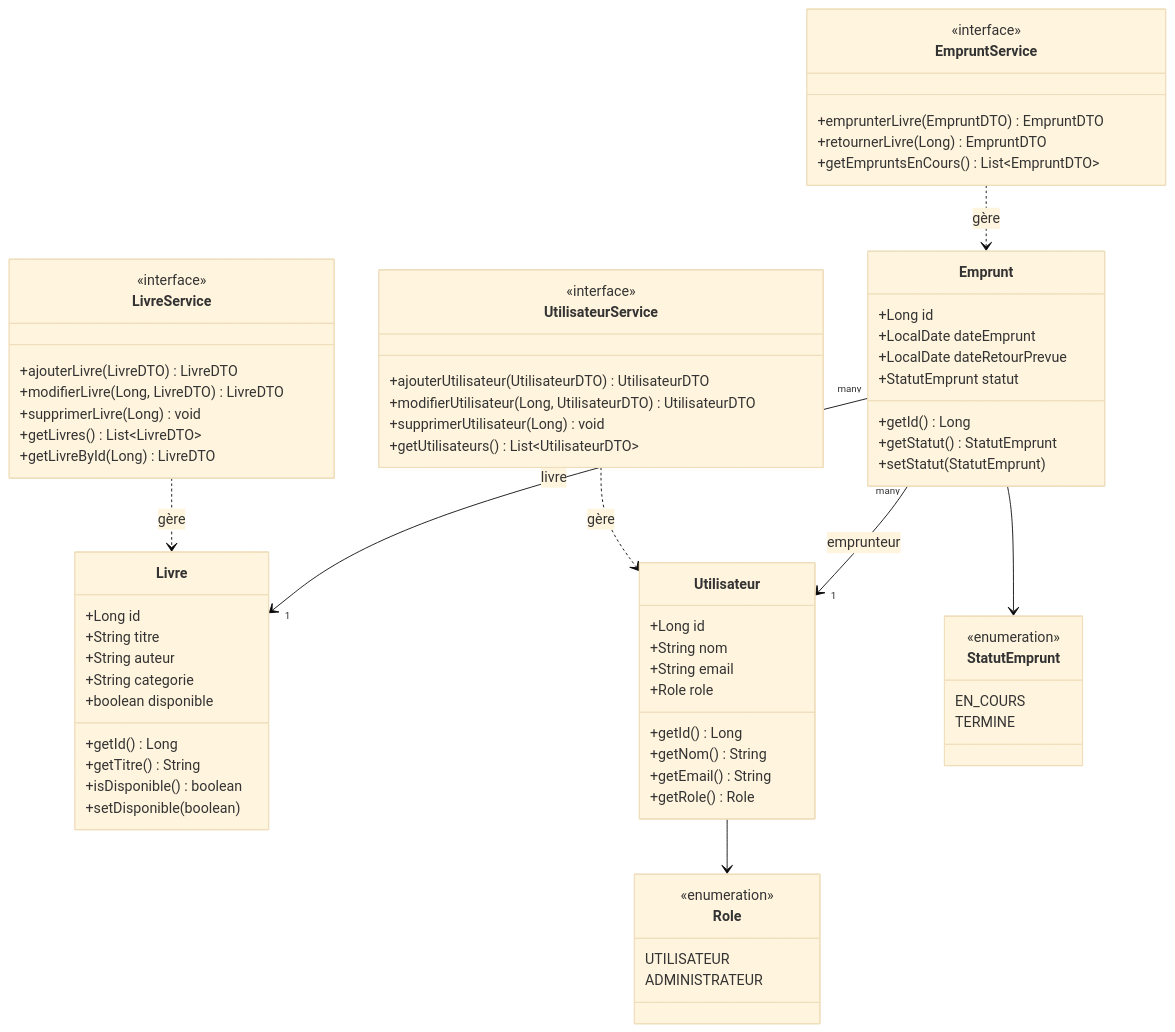
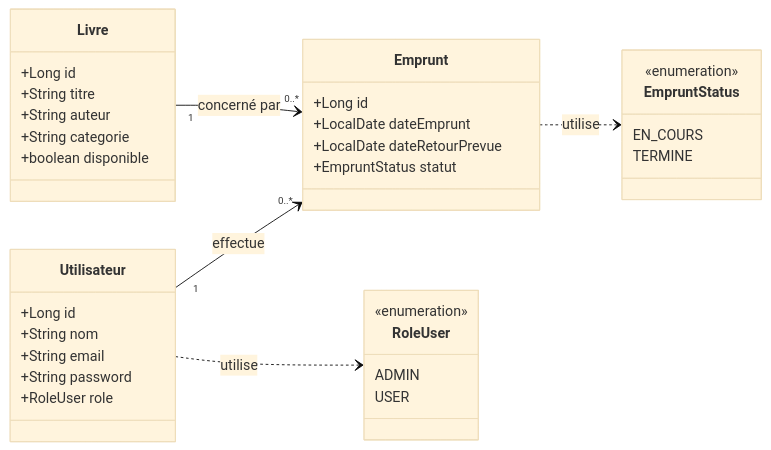
The second of 6 diagrams in analyse/ANALYSE.md (MahefasoaRAM/java-project), drawn with Mermaid (base theme) before and after one commit. The commit also changed other lines of this file and 7 other files, not shown here.

Commit message:
feat: changed diagram to show use case

````diff
--- a/analyse/ANALYSE.md
+++ b/analyse/ANALYSE.md
@@ -140,79 +177,47 @@
 ```mermaid
 classDiagram
+    direction LR
+
+    class Utilisateur {
+        +Long id
+        +String nom
+        +String email
+        +String password
+        +RoleUser role
+    }
+
     class Livre {
         +Long id
         +String titre
         +String auteur
         +String categorie
         +boolean disponible
-        +getId() Long
-        +getTitre() String
-        +isDisponible() boolean
-        +setDisponible(boolean)
-    }
-
-    class Utilisateur {
-        +Long id
-        +String nom
-        +String email
-        +Role role
-        +getId() Long
-        +getNom() String
-        +getEmail() String
-        +getRole() Role
     }
 
     class Emprunt {
         +Long id
         +LocalDate dateEmprunt
         +LocalDate dateRetourPrevue
-        +StatutEmprunt statut
-        +getId() Long
-        +getStatut() StatutEmprunt
-        +setStatut(StatutEmprunt)
+        +EmpruntStatus statut
     }
 
-    class StatutEmprunt {
+    class RoleUser {
+        <<enumeration>>
+        ADMIN
+        USER
+    }
+
+    class EmpruntStatus {
         <<enumeration>>
         EN_COURS
         TERMINE
     }
 
-    class Role {
-        <<enumeration>>
-        UTILISATEUR
-        ADMINISTRATEUR
-    }
+    %% ── Associations (cardinalités UML) ──
+    Utilisateur "1" --> "0..*" Emprunt : effectue
+    Livre "1" --> "0..*" Emprunt : concerné par
 
-    class LivreService {
-        <<interface>>
-        +ajouterLivre(LivreDTO) LivreDTO
-        +modifierLivre(Long, LivreDTO) LivreDTO
-        +supprimerLivre(Long) void
-        +getLivres() List~LivreDTO~
-        +getLivreById(Long) LivreDTO
-    }
-
-    class UtilisateurService {
-        <<interface>>
-        +ajouterUtilisateur(UtilisateurDTO) UtilisateurDTO
-        +modifierUtilisateur(Long, UtilisateurDTO) UtilisateurDTO
-        +supprimerUtilisateur(Long) void
-        +getUtilisateurs() List~UtilisateurDTO~
-    }
-
-    class EmpruntService {
-        <<interface>>
-        +emprunterLivre(EmpruntDTO) EmpruntDTO
-        +retournerLivre(Long) EmpruntDTO
-        +getEmpruntsEnCours() List~EmpruntDTO~
-    }
-
-    Emprunt "many" --> "1" Utilisateur : emprunteur
-    Emprunt "many" --> "1" Livre : livre
-    Emprunt --> StatutEmprunt
-    Utilisateur --> Role
-    LivreService ..> Livre : gère
-    UtilisateurService ..> Utilisateur : gère
-    EmpruntService ..> Emprunt : gère
+    %% ── Énumérations liées aux entités ──
+    Utilisateur ..> RoleUser : utilise
+    Emprunt ..> EmpruntStatus : utilise
 ```
````
